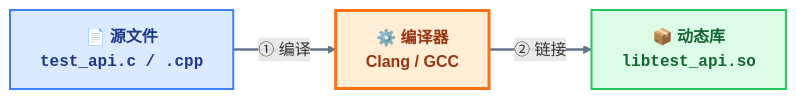
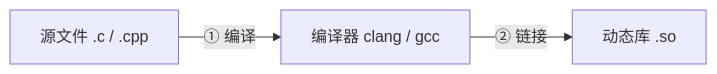
The third of 6 diagrams in _posts/c_c++/library/2023-02-28-dynamic library.md (dmjcb/dmjcb.github.io), drawn with Mermaid before and after one commit. The commit also changed other lines of this file and 26 other files, not shown here.

````diff
--- a/_posts/c_c++/library/2023-02-28-dynamic library.md
+++ b/_posts/c_c++/library/2023-02-28-dynamic library.md
@@ -135,20 +89,10 @@
 ```mermaid
 flowchart LR
-    %% 样式定义
-    classDef srcNode fill:#dbeafe,stroke:#3b82f6,stroke-width:2px,color:#1e3a8a,font-weight:bold;
-    classDef compNode fill:#ffedd5,stroke:#f97316,stroke-width:3px,color:#9a3412,font-weight:bold;
-    classDef libNode fill:#dcfce7,stroke:#22c55e,stroke-width:2px,color:#166534,font-weight:bold;
-
-    %% 节点定义
-    Src["📄 <b>源文件</b><br><code>test_api.c / .cpp</code>"]:::srcNode
-    Comp["⚙️ <b>编译器</b><br>Clang / GCC"]:::compNode
-    Lib["📦 <b>动态库</b><br><code>libtest_api.so</code>"]:::libNode
+    Src["源文件 .c / .cpp"]:::srcNode
+    Comp["编译器 clang / gcc"]:::compNode
+    Lib["动态库 .so</code>"]:::libNode
 
     %% 连线关系
-    Src ==>|"① 编译"| Comp
-    Comp ==>|"② 链接"| Lib
-
-    %% 连线样式统一
-    linkStyle 0,1 stroke:#64748b,stroke-width:2.5px;
-
+    Src -->|"① 编译"| Comp
+    Comp -->|"② 链接"| Lib
 ```
````
